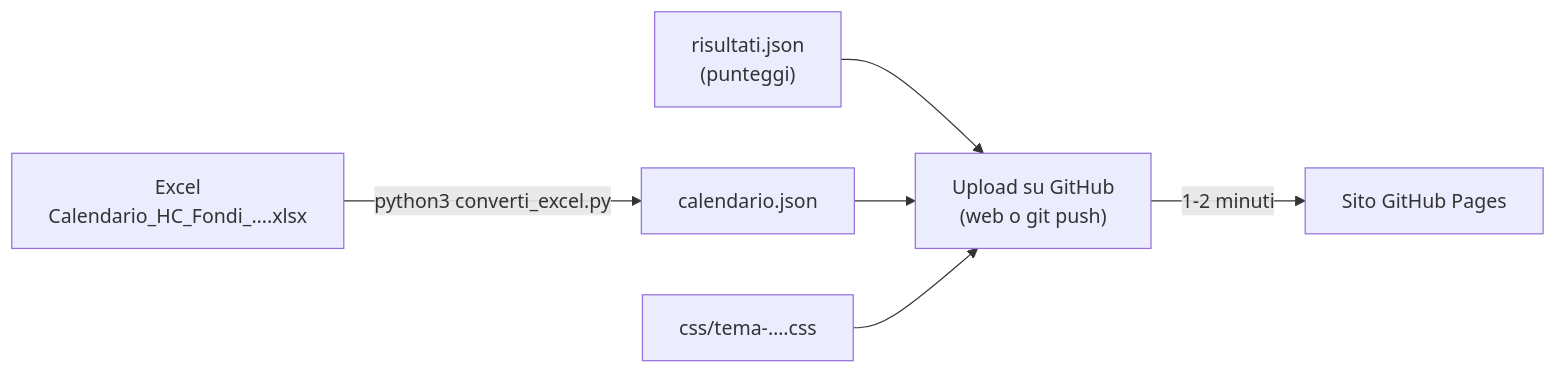
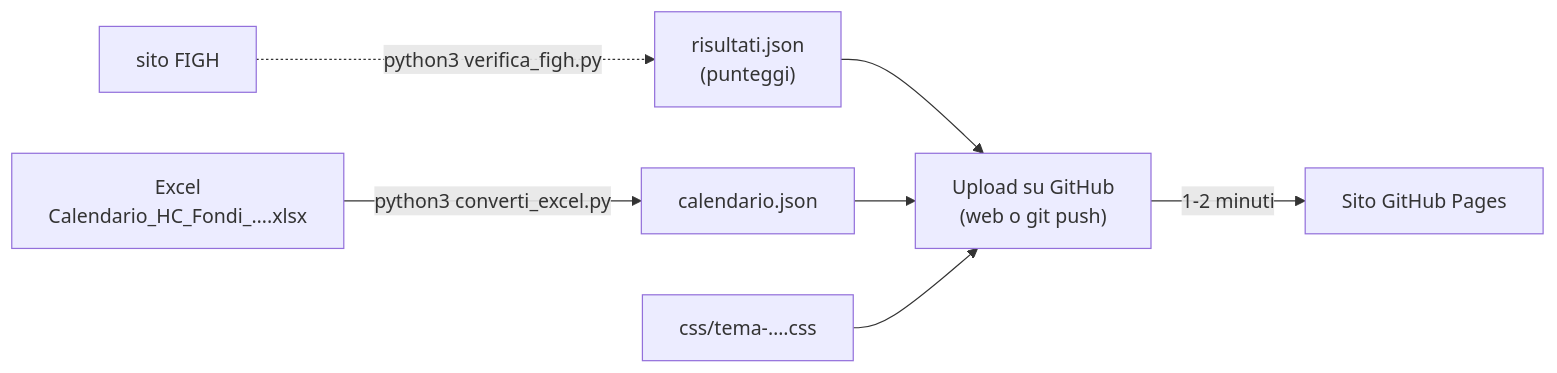
One commit to SharkenCode80/HC_Fondi_26_27 changed the first of 2 diagrams in README.md. Above: the diagram before and after it, drawn with Mermaid. The commit also changed other lines of this file and 4 other files, not shown here.

First line of the commit message:
Controllo con il sito FIGH: verifica_figh.py (menu, confronto e caricamento risultati)

````diff
--- a/README.md
+++ b/README.md
@@ -115,8 +115,9 @@
 ```mermaid
 flowchart LR
     X["Excel<br/>Calendario_HC_Fondi_….xlsx"] -->|python3 converti_excel.py| J["calendario.json"]
+    F["sito FIGH"] -.->|python3 verifica_figh.py| R
     R["risultati.json<br/>(punteggi)"] --> G
     J --> G["Upload su GitHub<br/>(web o git push)"]
     C["css/tema-….css"] --> G
     G -->|1-2 minuti| S["Sito GitHub Pages"]
 ```
````
